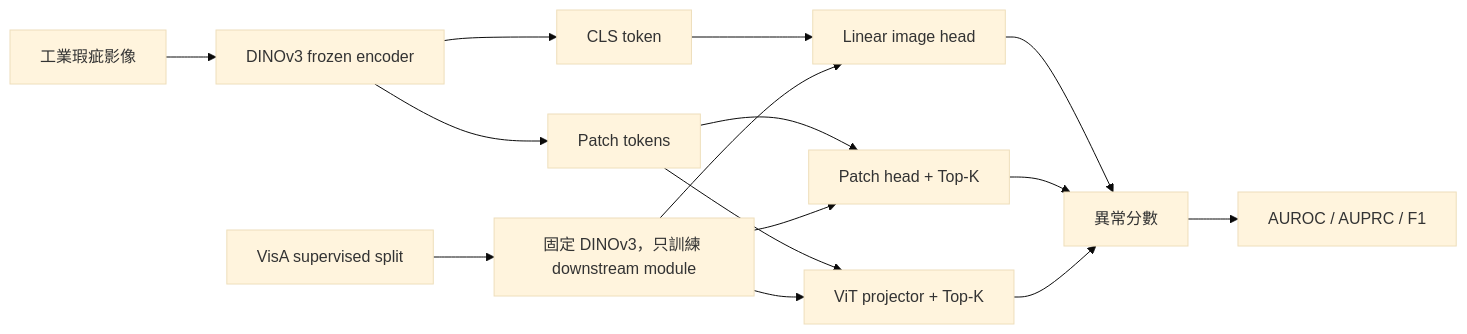
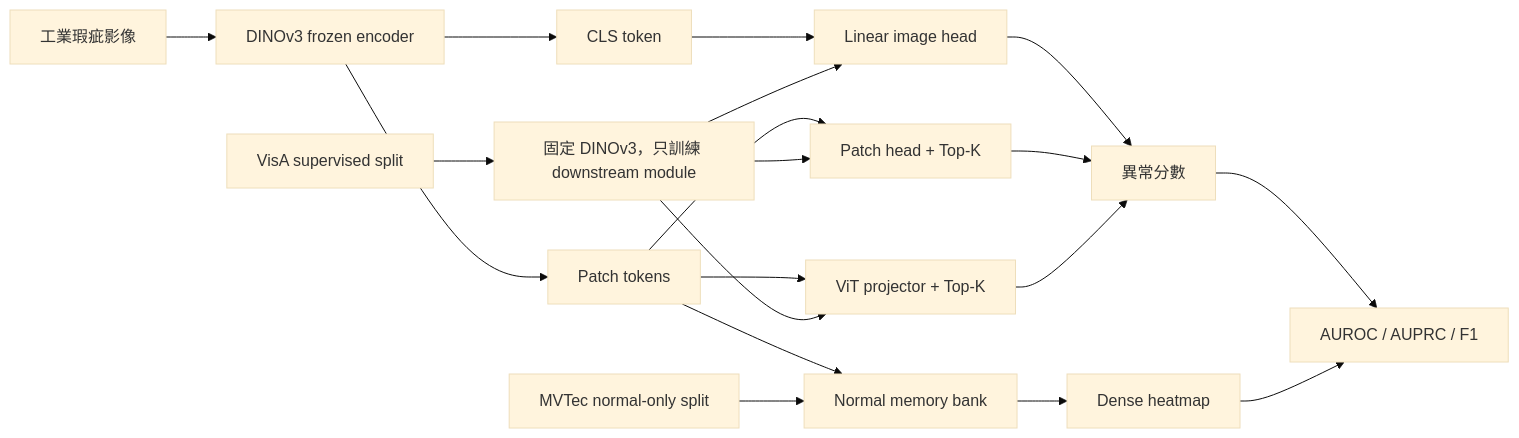
The diagram in docs/index.md (LeoGithub1119/foundation-ad-model), drawn with Mermaid (base theme) before and after one commit. The commit also changed other lines of this file and 16 other files, not shown here.

````diff
--- a/docs/index.md
+++ b/docs/index.md
@@ -13,18 +13,22 @@
 ```mermaid
 flowchart LR
     img[工業瑕疵影像] --> enc[DINOv3 frozen encoder]
     enc --> cls[CLS token]
     enc --> patch[Patch tokens]
     cls --> head1[Linear image head]
     patch --> topk[Patch head + Top-K]
     patch --> vit[ViT projector + Top-K]
+    patch --> bank[Normal memory bank]
     head1 --> score[異常分數]
     topk --> score
     vit --> score
+    bank --> heatmap[Dense heatmap]
     score --> metrics[AUROC / AUPRC / F1]
+    heatmap --> metrics
 
     split[VisA supervised split] --> train[固定 DINOv3，只訓練 downstream module]
     train --> head1
     train --> topk
     train --> vit
+    mvtec[MVTec normal-only split] --> bank
 ```
````
